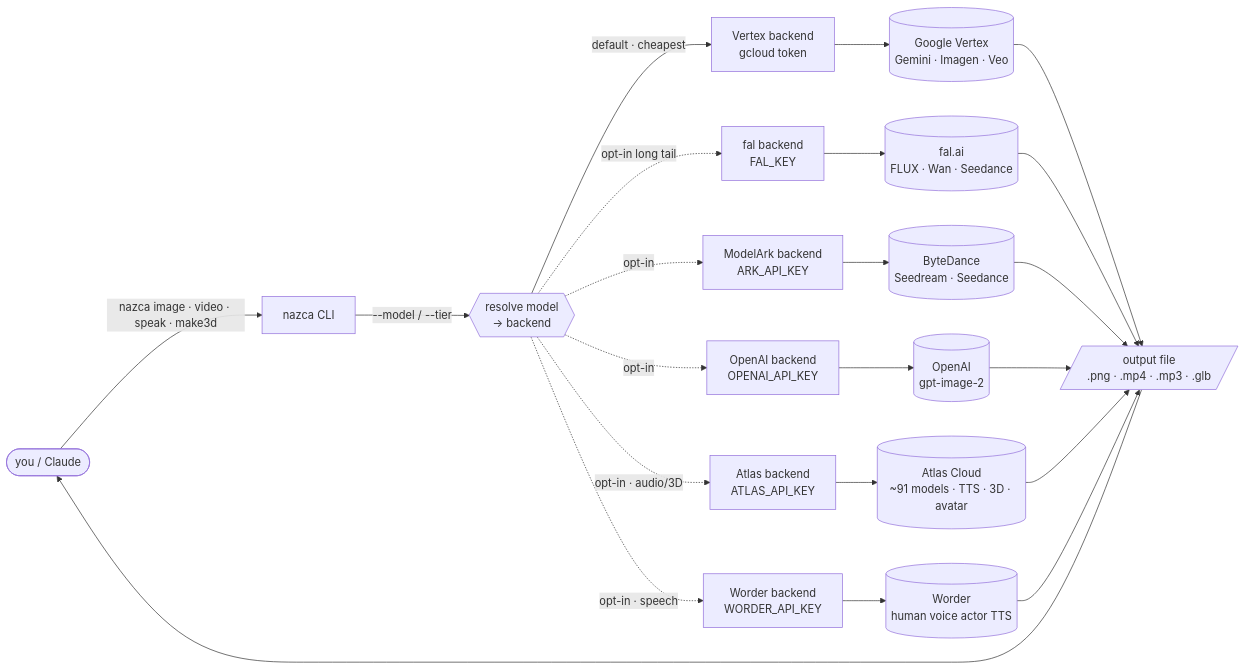
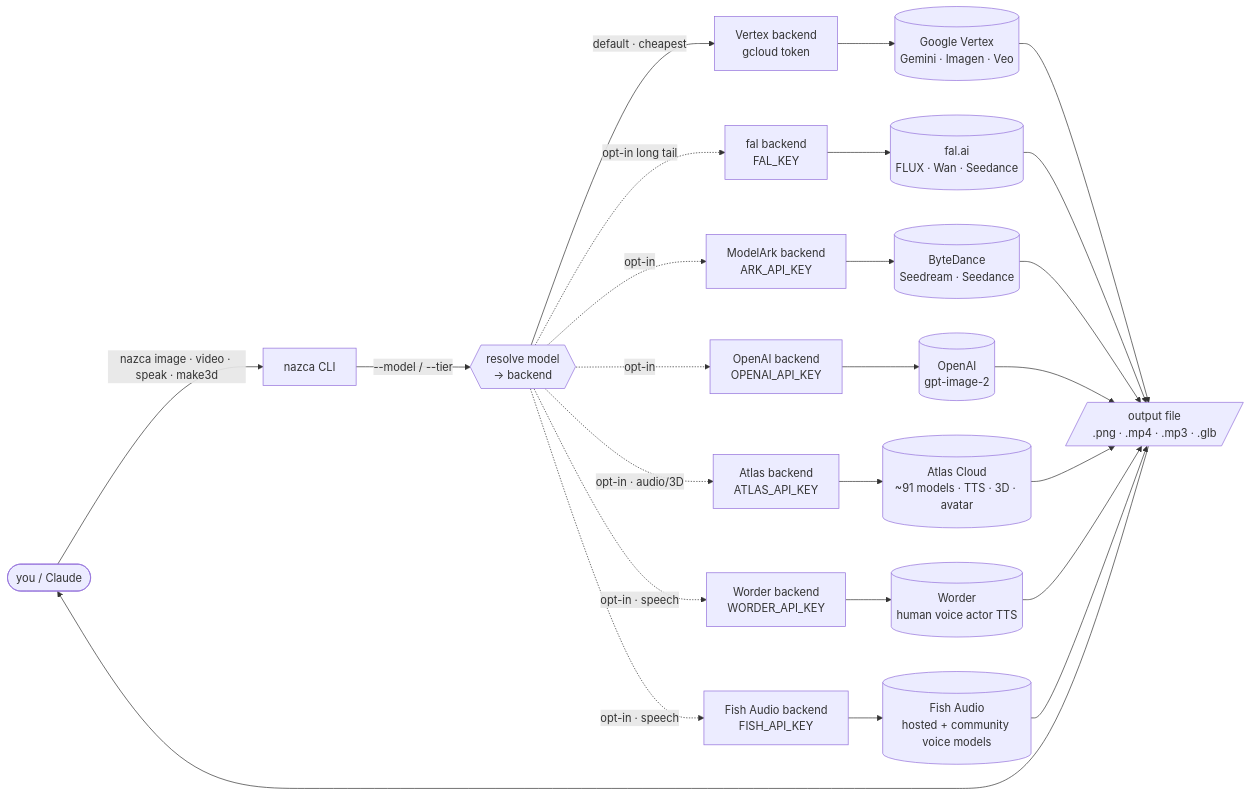
Before and after one commit to Mysios-Labs-inc/nazca: the first of 3 diagrams in README.md, drawn with Mermaid. The commit also changed other lines of this file and 15 other files, not shown here.

First line of the commit message:
feat: add Fish Audio speech backend (TTS via reference-voice cloning)

````diff
--- a/README.md
+++ b/README.md
@@ -46,19 +46,21 @@
 ```mermaid
 flowchart LR
     A([you / Claude]) -->|"nazca image · video · speak · make3d"| CLI[nazca CLI]
     CLI -->|"--model / --tier"| R{{resolve model<br/>→ backend}}
     R -->|default · cheapest| V[Vertex backend<br/>gcloud token]
     R -.->|opt-in long tail| F[fal backend<br/>FAL_KEY]
     R -.->|opt-in| M[ModelArk backend<br/>ARK_API_KEY]
     R -.->|opt-in| OA[OpenAI backend<br/>OPENAI_API_KEY]
     R -.->|opt-in · audio/3D| AT[Atlas backend<br/>ATLAS_API_KEY]
     R -.->|opt-in · speech| WD[Worder backend<br/>WORDER_API_KEY]
+    R -.->|opt-in · speech| FI[Fish Audio backend<br/>FISH_API_KEY]
     V --> G[(Google Vertex<br/>Gemini · Imagen · Veo)]
     F --> FP[(fal.ai<br/>FLUX · Wan · Seedance)]
     M --> MP[(ByteDance<br/>Seedream · Seedance)]
     OA --> OP[(OpenAI<br/>gpt-image-2)]
     AT --> ATP[(Atlas Cloud<br/>~91 models · TTS · 3D · avatar)]
     WD --> WDP[(Worder<br/>human voice actor TTS)]
-    G & FP & MP & OP & ATP & WDP --> O[/output file<br/>.png · .mp4 · .mp3 · .glb/]
+    FI --> FIP[(Fish Audio<br/>hosted + community voice models)]
+    G & FP & MP & OP & ATP & WDP & FIP --> O[/output file<br/>.png · .mp4 · .mp3 · .glb/]
     O --> A
 ```
````
